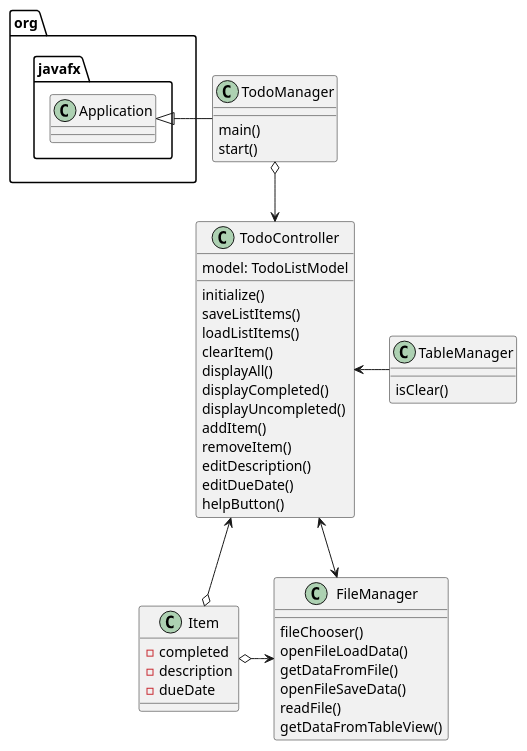
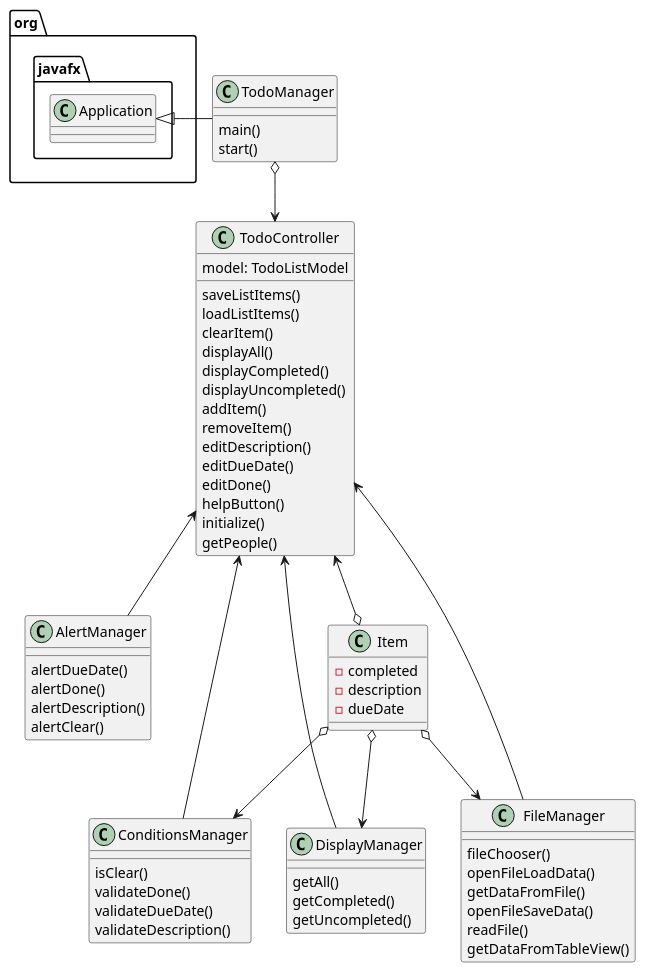
Before and after one commit to Lino437/gonzalez-cop3330-assignment4part2: the diagram in uml/App.puml, drawn with PlantUML. The commit also changed 6 other files, not shown here.

```diff
--- a/uml/App.puml
+++ b/uml/App.puml
@@ -1,53 +1,78 @@
 @startuml
 'https://plantuml.com/class-diagram
 
 class TodoManager {
     main()
     start()
 }
 
 class TodoController{
     model: TodoListModel
     'javafx event handlers
-    initialize()
     saveListItems()
     loadListItems()
     clearItem()
     displayAll()
     displayCompleted()
     displayUncompleted()
     addItem()
     removeItem()
     editDescription()
     editDueDate()
+    editDone()
     helpButton()
+    initialize()
+    getPeople()
 }
+
+class AlertManager {
+    alertDueDate()
+    alertDone()
+    alertDescription()
+    alertClear()
+}
+
+class ConditionsManager {
+    isClear()
+    validateDone()
+    validateDueDate()
+    validateDescription()
+}
+
+class DisplayManager {
+    getAll()
+    getCompleted()
+    getUncompleted()
+}
+
+
 
 class FileManager {
     fileChooser()
     openFileLoadData()
     getDataFromFile()
     openFileSaveData()
     readFile()
     getDataFromTableView()
-}
-
-class TableManager{
-    isClear()
 }
 
 class Item {
     -completed
     -description
     -dueDate
 }
 
 org.javafx.Application <|- TodoManager
 TodoManager o--> TodoController
 TodoController <--o Item
-TodoController <--> FileManager
-TodoController <- TableManager
-Item o-> FileManager
+TodoController <-- FileManager
+TodoController <-- AlertManager
+TodoController <-- ConditionsManager
+TodoController <-- DisplayManager
+
+Item o--> FileManager
+Item o--> ConditionsManager
+Item o--> DisplayManager
 
 
 @enduml
```
